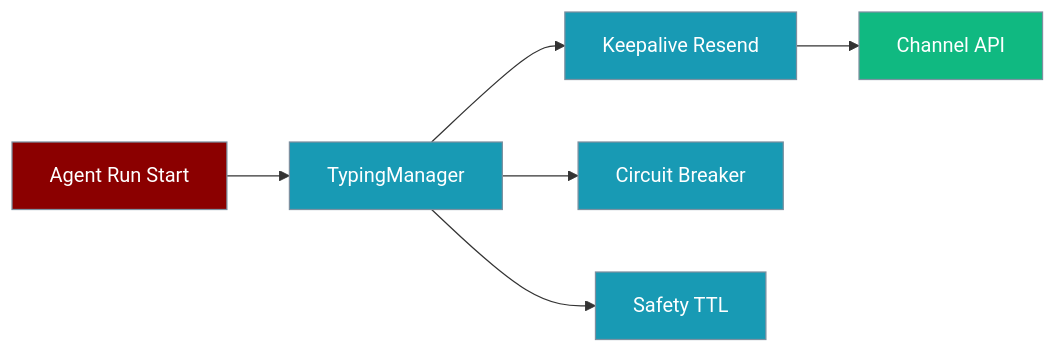
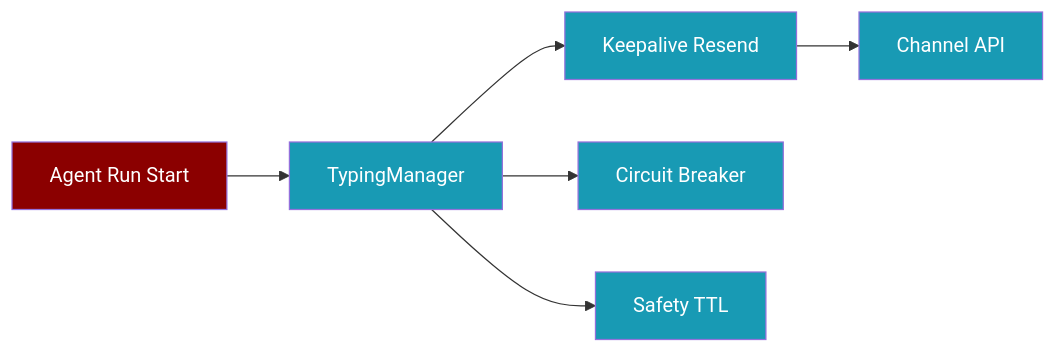
One commit to MervinPraison/PraisonAIDocs changed the diagram in docs/features/bot-typing-indicators.mdx. Above: the diagram before and after it, drawn with Mermaid. The commit also changed 24 other files, not shown here.

````diff
--- a/docs/features/bot-typing-indicators.mdx
+++ b/docs/features/bot-typing-indicators.mdx
@@ -10,16 +10,14 @@
 ```mermaid
 graph LR
     A[Agent Run Start] --> T[TypingManager]
     T --> K[Keepalive Resend]
     T --> C[Circuit Breaker]
     T --> TTL[Safety TTL]
     K --> Channel[Channel API]
 
-    classDef input fill:#8B0000,stroke:#7C90A0,color:#fff
-    classDef process fill:#189AB4,stroke:#7C90A0,color:#fff
-    classDef output fill:#10B981,stroke:#7C90A0,color:#fff
+    classDef agent fill:#8B0000,color:#fff
+    classDef tool fill:#189AB4,color:#fff
 
-    class A input
-    class T,K,C,TTL process
-    class Channel output
+    class A agent
+    class T,K,C,TTL,Channel tool
 ```
````
